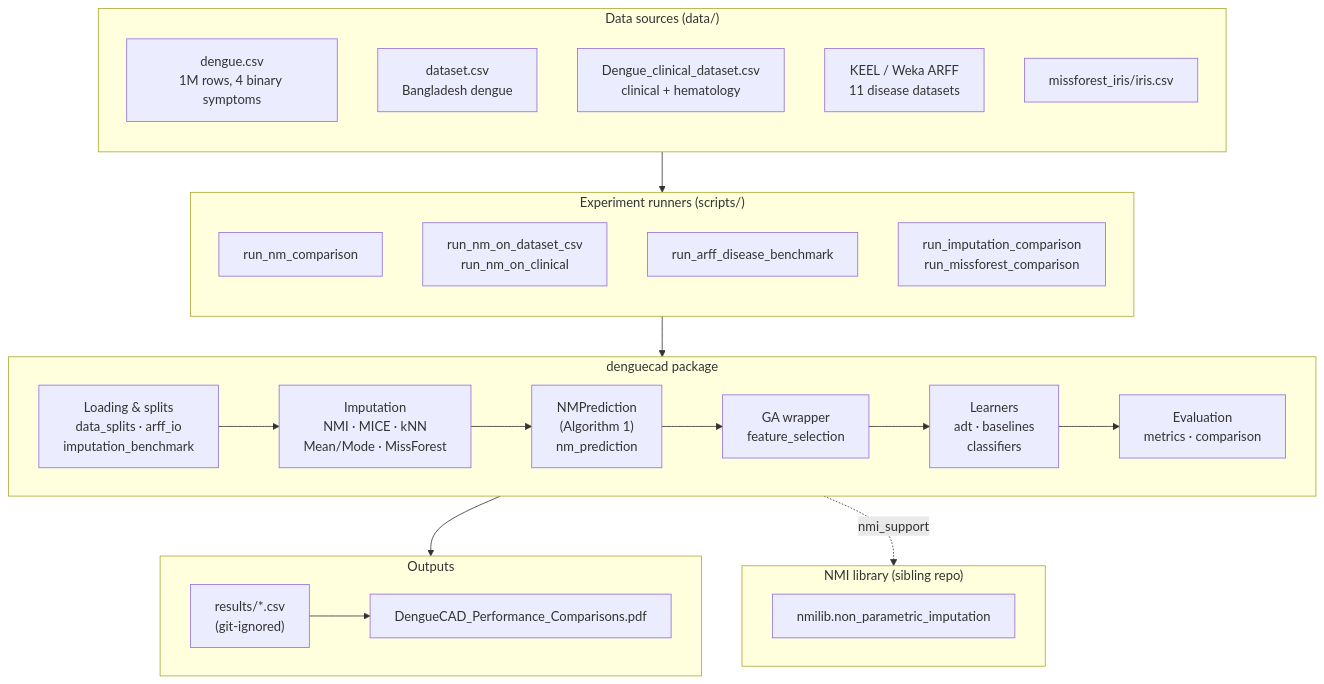
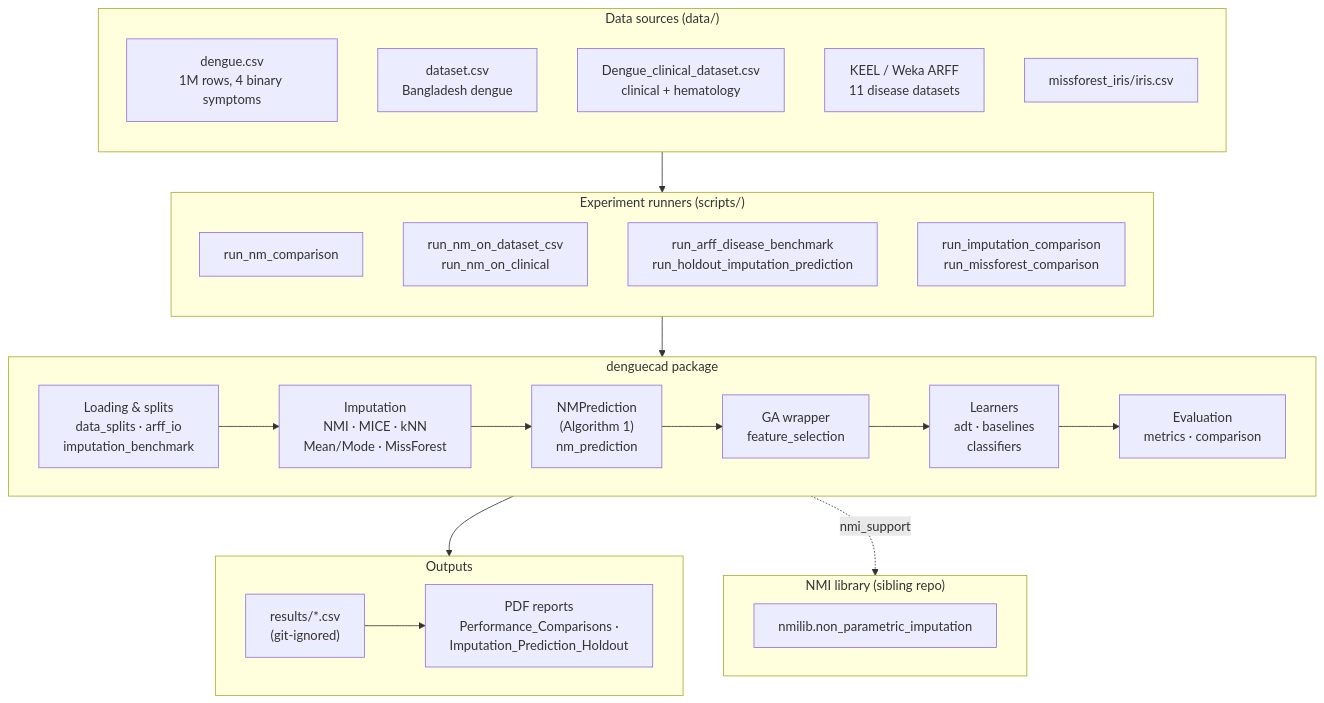
One commit to mrvr/DengueCAD changed the diagram in docs/architecture/01-system-overview.mmd. Above: the diagram before and after it, drawn with Mermaid. The commit also changed 12 other files, not shown here.

Commit message:
Add hold-out experiment to architecture docs and slides.

```diff
--- a/docs/architecture/01-system-overview.mmd
+++ b/docs/architecture/01-system-overview.mmd
@@ -1,43 +1,43 @@
 flowchart TB
     subgraph Inputs["Data sources (data/)"]
         direction TB
         D1["dengue.csv<br/>1M rows, 4 binary symptoms"]
         D2["dataset.csv<br/>Bangladesh dengue"]
         D3["Dengue_clinical_dataset.csv<br/>clinical + hematology"]
         D4["KEEL / Weka ARFF<br/>11 disease datasets"]
         D5["missforest_iris/iris.csv"]
     end
 
     subgraph Scripts["Experiment runners (scripts/)"]
         direction TB
         S1["run_nm_comparison"]
         S2["run_nm_on_dataset_csv<br/>run_nm_on_clinical"]
-        S3["run_arff_disease_benchmark"]
+        S3["run_arff_disease_benchmark<br/>run_holdout_imputation_prediction"]
         S4["run_imputation_comparison<br/>run_missforest_comparison"]
     end
 
     subgraph Core["denguecad package"]
         direction LR
         IO["Loading & splits<br/>data_splits · arff_io<br/>imputation_benchmark"]
         IMP["Imputation<br/>NMI · MICE · kNN<br/>Mean/Mode · MissForest"]
         NM["NMPrediction<br/>(Algorithm 1)<br/>nm_prediction"]
         FS["GA wrapper<br/>feature_selection"]
         CLF["Learners<br/>adt · baselines<br/>classifiers"]
         EVAL["Evaluation<br/>metrics · comparison"]
         IO --> IMP --> NM --> FS --> CLF --> EVAL
     end
 
     subgraph NMI["NMI library (sibling repo)"]
         N1["nmilib.non_parametric_imputation"]
     end
 
     subgraph Outputs["Outputs"]
         direction LR
         R["results/*.csv<br/>(git-ignored)"]
-        P["DengueCAD_Performance_Comparisons.pdf"]
+        P["PDF reports<br/>Performance_Comparisons ·<br/>Imputation_Prediction_Holdout"]
         R --> P
     end
 
     Inputs --> Scripts --> Core
     Core --> Outputs
     Core -.->|"nmi_support"| NMI
```
